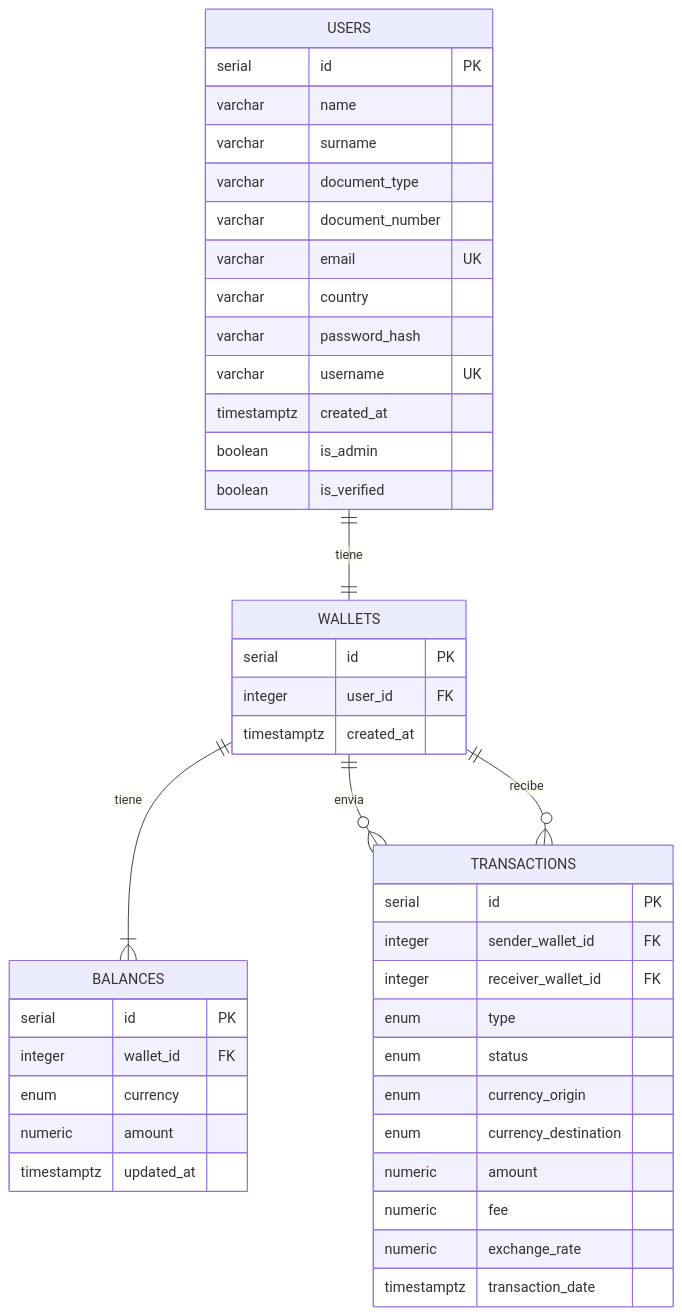
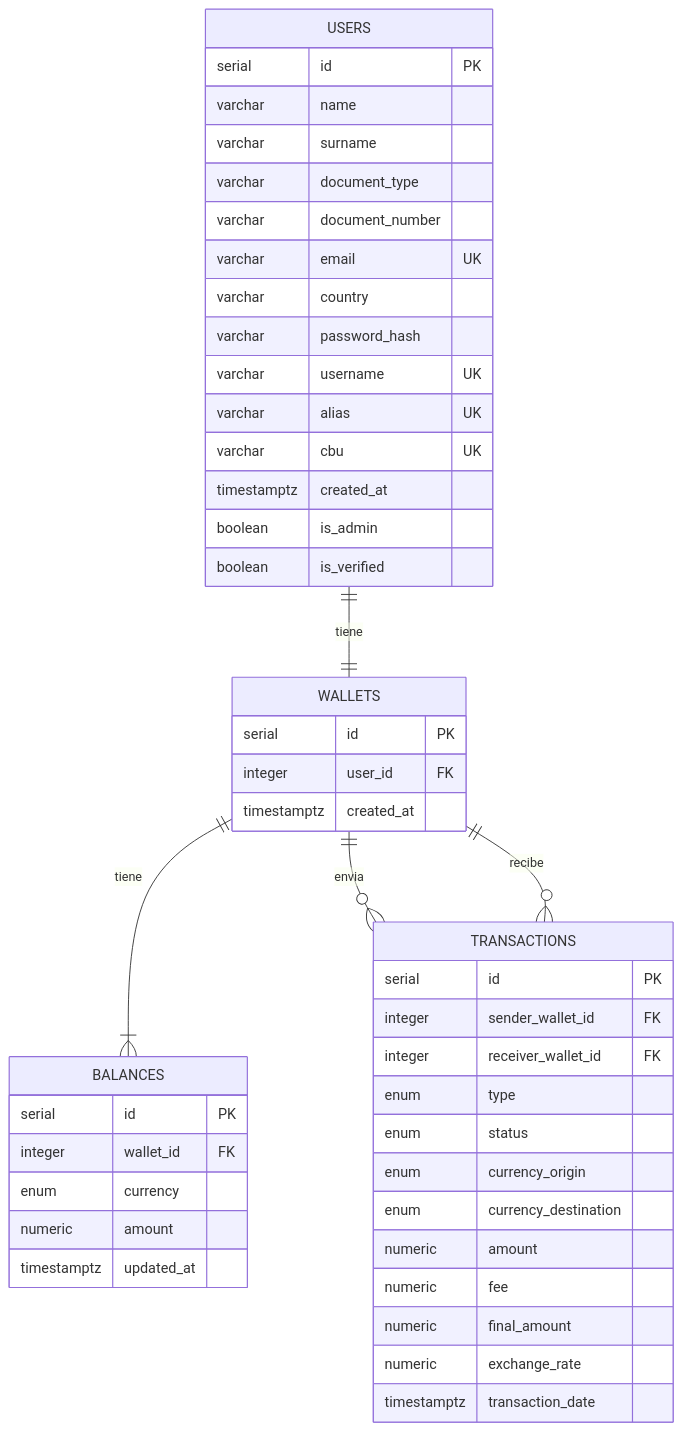
Before and after one commit to tongax12/NomaPay_backend: the diagram in README.md, drawn with Mermaid. The commit also changed other lines of this file, not shown here.

Commit message:
actualizo el diagrama

````diff
--- a/README.md
+++ b/README.md
@@ -3,50 +1,53 @@
 ```mermaid
 erDiagram
   USERS ||--|| WALLETS : tiene
   WALLETS ||--|{ BALANCES : tiene
   WALLETS ||--o{ TRANSACTIONS : envia
   WALLETS ||--o{ TRANSACTIONS : recibe
 
   USERS {
     serial id PK
     varchar name
     varchar surname
     varchar document_type
     varchar document_number
     varchar email UK
     varchar country
     varchar password_hash
     varchar username UK
+    varchar alias UK
+    varchar cbu UK
     timestamptz created_at
     boolean is_admin
     boolean is_verified
   }
 
   WALLETS {
     serial id PK
     integer user_id FK
     timestamptz created_at
   }
 
   BALANCES {
     serial id PK
     integer wallet_id FK
     enum currency
     numeric amount
     timestamptz updated_at
   }
 
   TRANSACTIONS {
     serial id PK
     integer sender_wallet_id FK
     integer receiver_wallet_id FK
     enum type
     enum status
     enum currency_origin
     enum currency_destination
     numeric amount
     numeric fee
+    numeric final_amount
     numeric exchange_rate
     timestamptz transaction_date
   }
 ```
````
